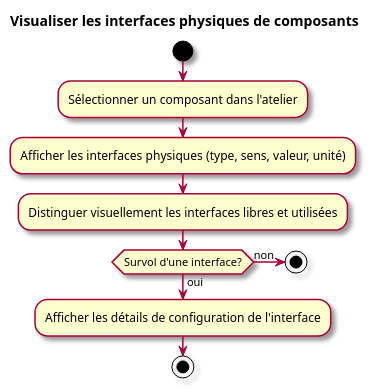
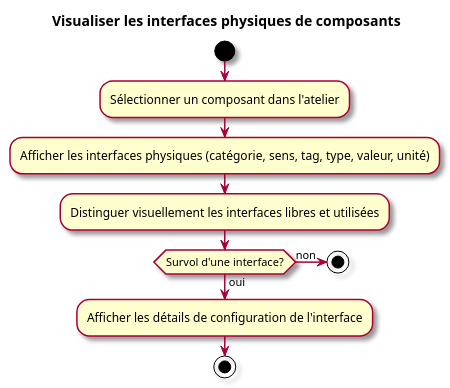
One commit to olivaux/myr changed the fourth of 4 diagrams in specs/1-Expression/UCAM-Atelier_Module/UCAM02.md. Above: the diagram before and after it, drawn with PlantUML. The commit also changed other lines of this file and 7 other files, not shown here.

````diff
--- a/specs/1-Expression/UCAM-Atelier_Module/UCAM02.md
+++ b/specs/1-Expression/UCAM-Atelier_Module/UCAM02.md
@@ -79,16 +79,16 @@
 ```plantuml
 @startuml
 skin rose
 title Visualiser les interfaces physiques de composants
 start
 :Sélectionner un composant dans l'atelier;
-:Afficher les interfaces physiques (type, sens, valeur, unité);
+:Afficher les interfaces physiques (catégorie, sens, tag, type, valeur, unité);
 :Distinguer visuellement les interfaces libres et utilisées;
 if (Survol d'une interface?) then (oui)
   :Afficher les détails de configuration de l'interface;
   stop
 else (non)
   stop
 endif
 @enduml
 ```
````
